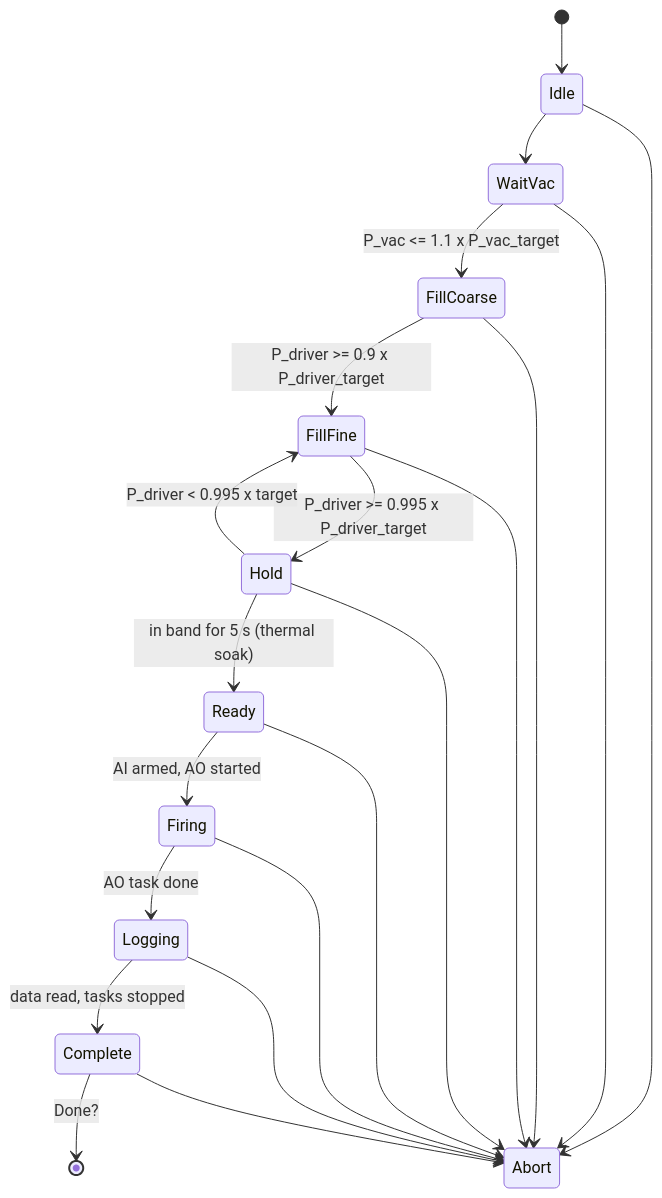
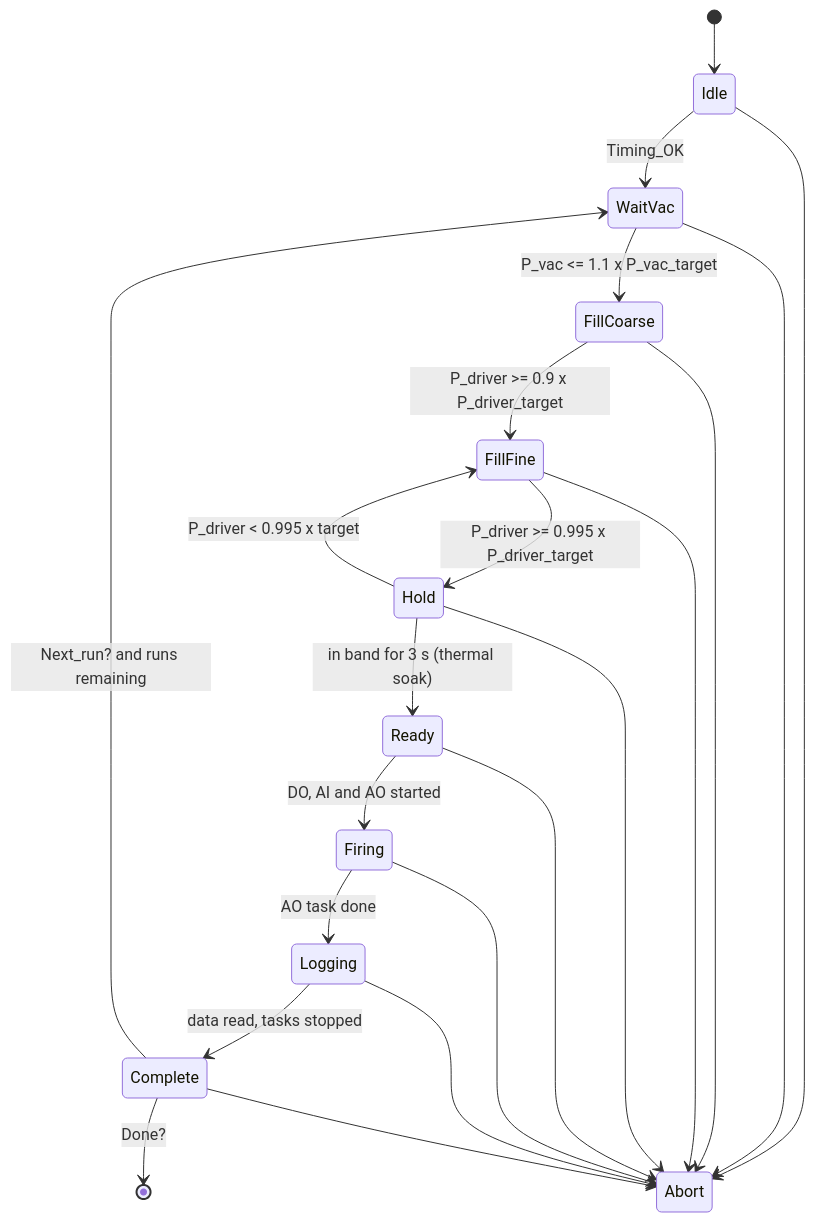
Before and after one commit to TheWa1kingDead/Ludwieg_Automator: the diagram in README.md, drawn with Mermaid. The commit also changed other lines of this file and 12 other files, not shown here.

First line of the commit message:
v1.1.0: shot timing check, memory gate and multiple runs

````diff
--- a/README.md
+++ b/README.md
@@ -130,23 +135,24 @@
 ```mermaid
 stateDiagram-v2
     [*] --> Idle
-    Idle --> WaitVac
+    Idle --> WaitVac: Timing_OK
     WaitVac --> FillCoarse: P_vac <= 1.1 x P_vac_target
     FillCoarse --> FillFine: P_driver >= 0.9 x P_driver_target
     FillFine --> Hold: P_driver >= 0.995 x P_driver_target
     Hold --> FillFine: P_driver < 0.995 x target
-    Hold --> Ready: in band for 5 s (thermal soak)
-    Ready --> Firing: AI armed, AO started
+    Hold --> Ready: in band for 3 s (thermal soak)
+    Ready --> Firing: DO, AI and AO started
     Firing --> Logging: AO task done
     Logging --> Complete: data read, tasks stopped
+    Complete --> WaitVac: Next_run? and runs remaining
     Complete --> [*]: Done?
     Idle --> Abort
     WaitVac --> Abort
     FillCoarse --> Abort
     FillFine --> Abort
     Hold --> Abort
     Ready --> Abort
     Firing --> Abort
     Logging --> Abort
     Complete --> Abort
 ```
````
